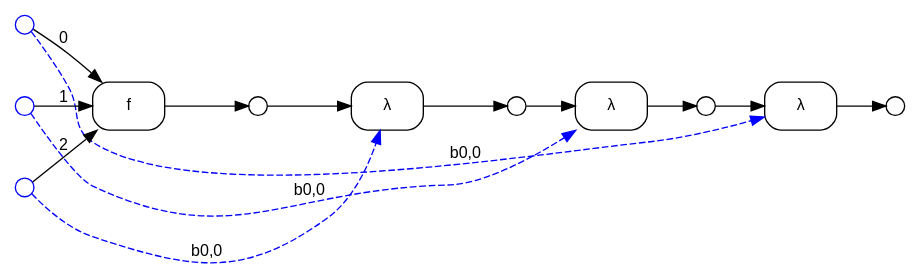
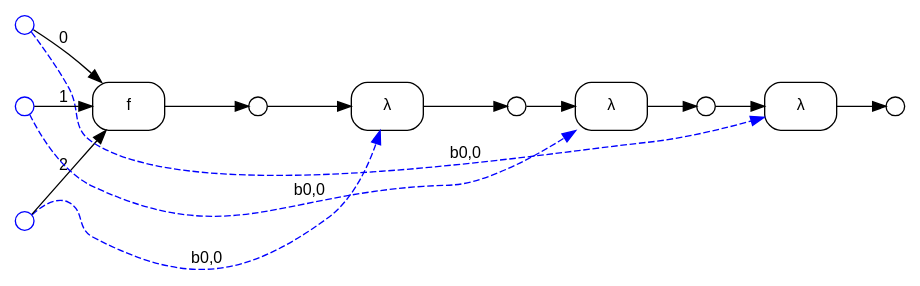
The diagram in safety_safe_triple_nested_lambda.dot (ammatsui/bhypvis), drawn with Graphviz before and after one commit. The commit also changed other lines of this file and 734 other files, not shown here.

```diff
--- a/safety_safe_triple_nested_lambda.dot
+++ b/safety_safe_triple_nested_lambda.dot
@@ -1,39 +1,39 @@
 digraph G {
   fontname="Helvetica"
   fontsize=12
   rankdir=LR;
   node [fontname="Helvetica", fontsize=12];
   edge [fontname="Helvetica", fontsize=12];
 
   // Nodes
+  n5 [label="", shape=circle, style=filled, fillcolor=white, color="black", width=0.2, height=0.2, fixedsize=true];
   n6 [label="", shape=circle, style=filled, fillcolor=white, color="black", width=0.2, height=0.2, fixedsize=true];
+  n2 [label="", shape=circle, style=filled, fillcolor=white, color="blue", width=0.2, height=0.2, fixedsize=true];
+  n0 [label="", shape=circle, style=filled, fillcolor=white, color="blue", width=0.2, height=0.2, fixedsize=true];
   n3 [label="", shape=circle, style=filled, fillcolor=white, color="black", width=0.2, height=0.2, fixedsize=true];
   n4 [label="", shape=circle, style=filled, fillcolor=white, color="black", width=0.2, height=0.2, fixedsize=true];
-  n0 [label="", shape=circle, style=filled, fillcolor=white, color="blue", width=0.2, height=0.2, fixedsize=true];
   n1 [label="", shape=circle, style=filled, fillcolor=white, color="blue", width=0.2, height=0.2, fixedsize=true];
-  n2 [label="", shape=circle, style=filled, fillcolor=white, color="blue", width=0.2, height=0.2, fixedsize=true];
-  n5 [label="", shape=circle, style=filled, fillcolor=white, color="black", width=0.2, height=0.2, fixedsize=true];
 
   // Hyperedges
+  e1 [label="λ", shape=box, style=rounded, color="black"];
   e0 [label="f", shape=box, style=rounded, color="black"];
+  e2 [label="λ", shape=box, style=rounded, color="black"];
   e3 [label="λ", shape=box, style=rounded, color="black"];
-  e1 [label="λ", shape=box, style=rounded, color="black"];
-  e2 [label="λ", shape=box, style=rounded, color="black"];
 
   // Source connections
+  n3 -> e1 [label=""];
+  n2 -> e1 [style=dashed, color="blue", constraint=false, label="b0,0"];
   n0 -> e0 [label="0"];
   n1 -> e0 [label="1"];
   n2 -> e0 [label="2"];
+  n4 -> e2 [label=""];
+  n1 -> e2 [style=dashed, color="blue", constraint=false, label="b0,0"];
   n5 -> e3 [label=""];
   n0 -> e3 [style=dashed, color="blue", constraint=false, label="b0,0"];
-  n3 -> e1 [label=""];
-  n2 -> e1 [style=dashed, color="blue", constraint=false, label="b0,0"];
-  n4 -> e2 [label=""];
-  n1 -> e2 [style=dashed, color="blue", constraint=false, label="b0,0"];
 
   // Target connections
+  e1 -> n4 [label=""];
   e0 -> n3 [label=""];
+  e2 -> n5 [label=""];
   e3 -> n6 [label=""];
-  e1 -> n4 [label=""];
-  e2 -> n5 [label=""];
 }
```
